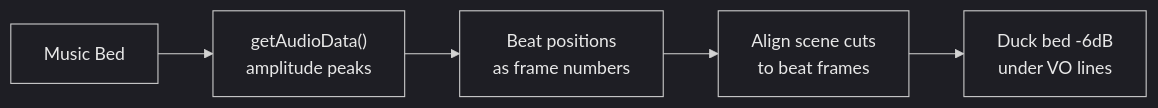
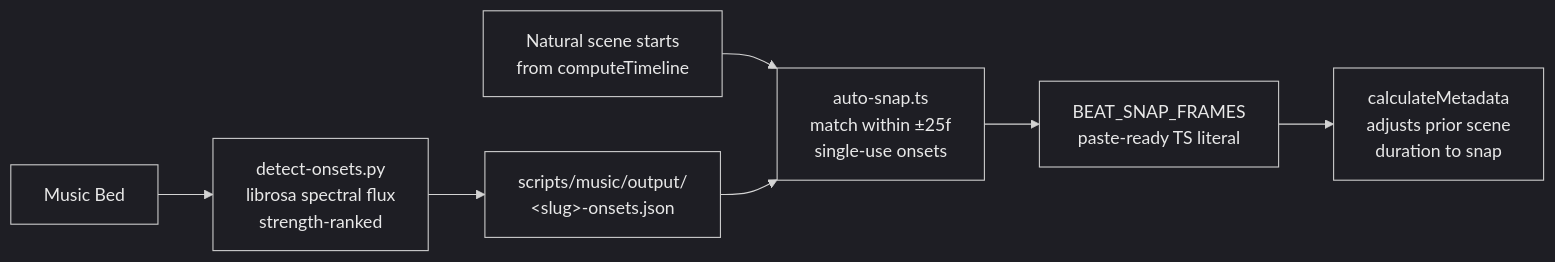
Before and after one commit to sellersessions/claude-remotion-flow: the fifth of 5 diagrams in README.md, drawn with Mermaid. The commit also changed other lines of this file, not shown here.

````diff
--- a/README.md
+++ b/README.md
@@ -205,14 +229,18 @@
 ```mermaid
 %%{init: {'theme': 'dark', 'themeVariables': {'nodeTextColor': '#e8e8e8', 'primaryTextColor': '#e8e8e8', 'secondaryTextColor': '#cccccc', 'tertiaryTextColor': '#cccccc', 'clusterBkg': 'transparent', 'clusterBorder': '#8b949e'}}}%%
 graph LR
-    BED["Music Bed"] --> ANALYSE["getAudioData()<br/>amplitude peaks"]
-    ANALYSE --> BEATS["Beat positions<br/>as frame numbers"]
-    BEATS --> CUTS["Align scene cuts<br/>to beat frames"]
-    CUTS --> DUCK["Duck bed -6dB<br/>under VO lines"]
+    BED["Music Bed"] --> DETECT["detect-onsets.py<br/>librosa spectral flux<br/>strength-ranked"]
+    DETECT --> JSON["scripts/music/output/<br/>&lt;slug&gt;-onsets.json"]
+    STARTS["Natural scene starts<br/>from computeTimeline"] --> SNAP
+    JSON --> SNAP["auto-snap.ts<br/>match within ±25f<br/>single-use onsets"]
+    SNAP --> LITERAL["BEAT_SNAP_FRAMES<br/>paste-ready TS literal"]
+    LITERAL --> META["calculateMetadata<br/>adjusts prior scene<br/>duration to snap"]
 
     style BED fill:none,stroke-width:1px,color:#e8e8e8
-    style ANALYSE fill:none,stroke-width:1px,color:#e8e8e8
-    style BEATS fill:none,stroke-width:1px,color:#e8e8e8
-    style CUTS fill:none,stroke-width:1px,color:#e8e8e8
-    style DUCK fill:none,stroke-width:1px,color:#e8e8e8
+    style DETECT fill:none,stroke-width:1px,color:#e8e8e8
+    style JSON fill:none,stroke-width:1px,color:#e8e8e8
+    style STARTS fill:none,stroke-width:1px,color:#e8e8e8
+    style SNAP fill:none,stroke-width:1px,color:#e8e8e8
+    style LITERAL fill:none,stroke-width:1px,color:#e8e8e8
+    style META fill:none,stroke-width:1px,color:#e8e8e8
 ```
````
